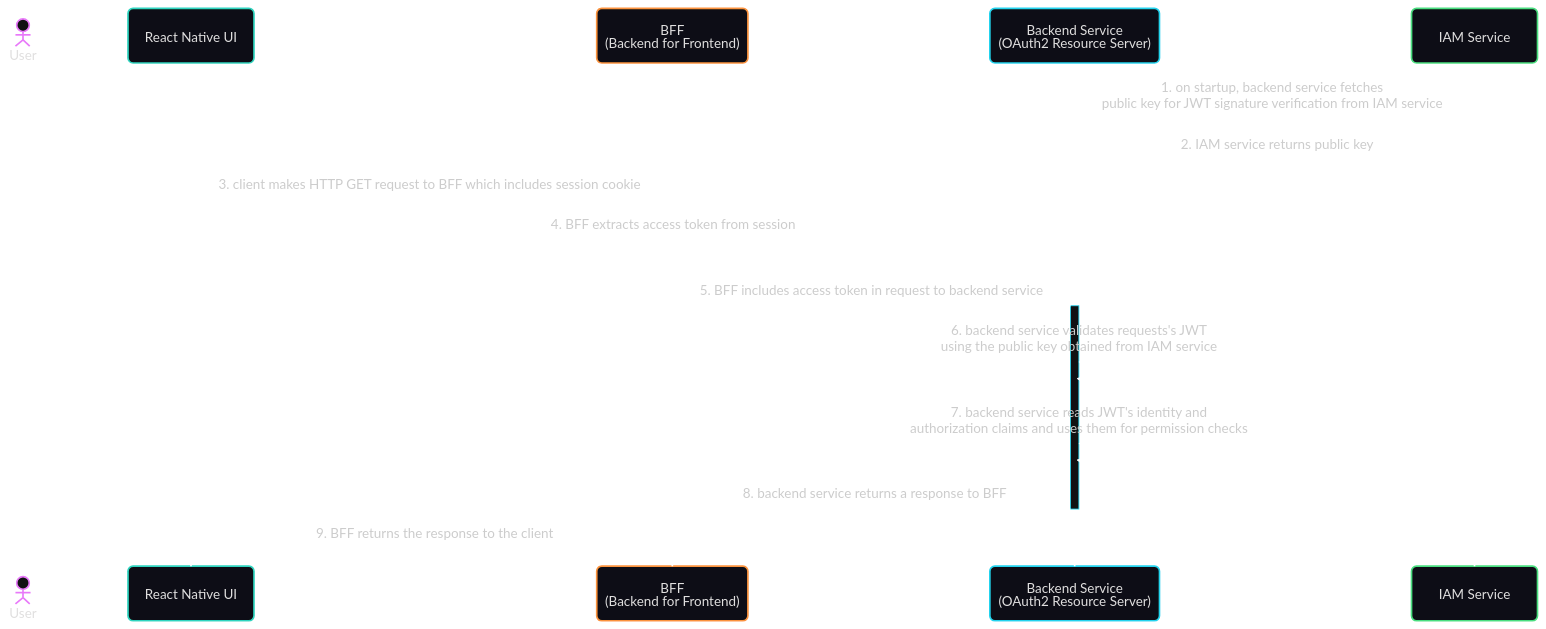
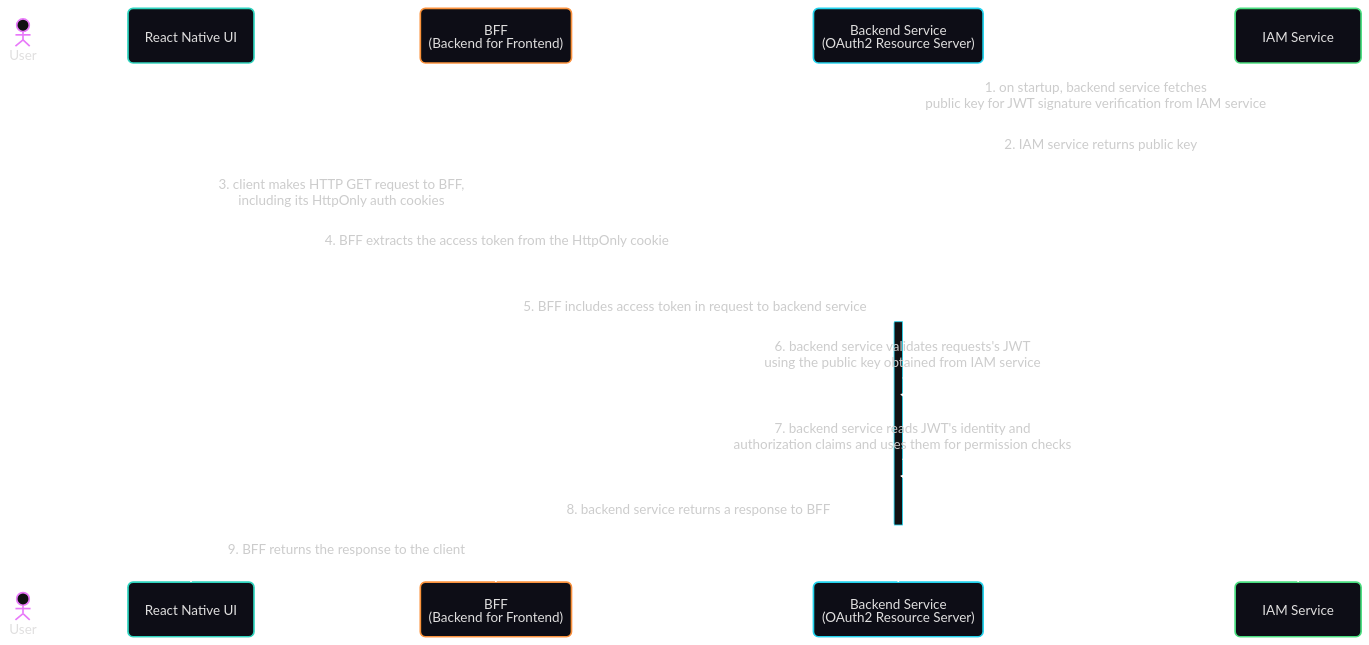
Before and after one commit to jumbleknot/MovieCollectionManager: the fourth of 5 diagrams in .specify/memory/constitution.md, drawn with Mermaid. The commit also changed other lines of this file and 178 other files, not shown here.

````diff
--- a/.specify/memory/constitution.md
+++ b/.specify/memory/constitution.md
@@ -908,25 +911,25 @@
 ```mermaid
 ---
 config:
   theme: redux-dark-color
   look: neo
 ---
 sequenceDiagram
   actor User
   participant ReactNativeUI as React Native UI
   participant BFF as BFF<br/>(Backend for Frontend)
   participant Backend as Backend Service<br/>(OAuth2 Resource Server)
   participant IAM as IAM Service
 
   Backend->>IAM: 1. on startup, backend service fetches<br/>public key for JWT signature verification from IAM service
   IAM-->>Backend: 2. IAM service returns public key
-  ReactNativeUI->>BFF: 3. client makes HTTP GET request to BFF which includes session cookie
-  BFF->>BFF: 4. BFF extracts access token from session
+  ReactNativeUI->>BFF: 3. client makes HTTP GET request to BFF,<br/>including its HttpOnly auth cookies
+  BFF->>BFF: 4. BFF extracts the access token from the HttpOnly cookie
   BFF->>Backend: 5. BFF includes access token in request to backend service
   activate Backend
   Backend->>Backend: 6. backend service validates requests's JWT<br/>using the public key obtained from IAM service
   Backend->>Backend: 7. backend service reads JWT's identity and<br/>authorization claims and uses them for permission checks
   Backend-->>BFF: 8. backend service returns a response to BFF
   deactivate Backend
   BFF-->>ReactNativeUI: 9. BFF returns the response to the client
 ```
````
